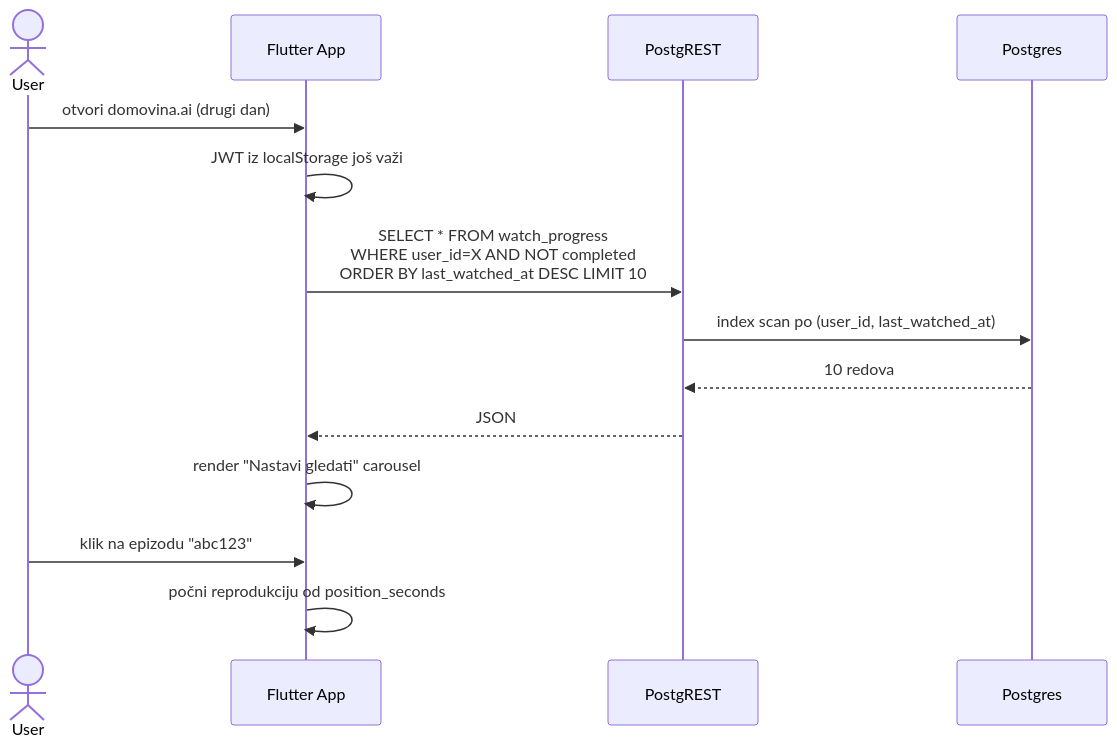
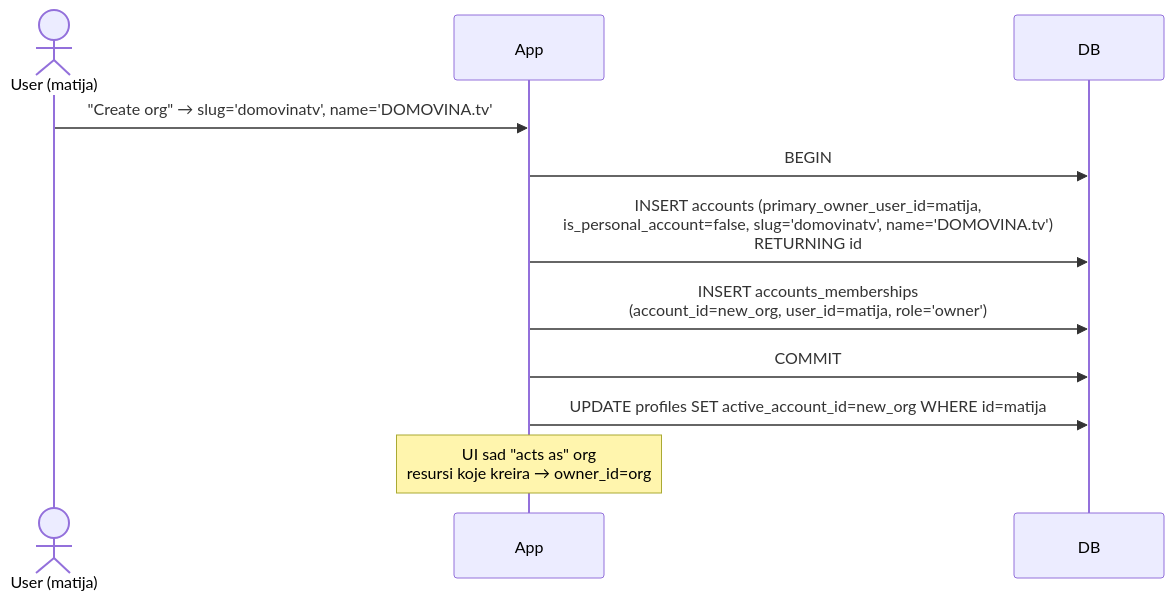
The eighth of 13 diagrams in docs/auth-and-database-plan.md (domovinatv/ai.domovina.tv), drawn with Mermaid before and after one commit. The commit also changed other lines of this file, not shown here.

First line of the commit message:
docs(auth): v2 — GitHub-style accounts/orgs + Supabase best practices

````diff
--- a/docs/auth-and-database-plan.md
+++ b/docs/auth-and-database-plan.md
@@ -360,18 +528,15 @@
 ```mermaid
 sequenceDiagram
-    actor User
-    participant App as Flutter App
-    participant API as PostgREST
-    participant DB as Postgres
+    actor U as User (matija)
+    participant App
+    participant DB
 
-    User->>App: otvori domovina.ai (drugi dan)
-    App->>App: JWT iz localStorage još važi
-    App->>API: SELECT * FROM watch_progress<br/>WHERE user_id=X AND NOT completed<br/>ORDER BY last_watched_at DESC LIMIT 10
-    API->>DB: index scan po (user_id, last_watched_at)
-    DB-->>API: 10 redova
-    API-->>App: JSON
+    U->>App: "Create org" → slug='domovinatv', name='DOMOVINA.tv'
+    App->>DB: BEGIN
+    App->>DB: INSERT accounts (primary_owner_user_id=matija,<br/>is_personal_account=false, slug='domovinatv', name='DOMOVINA.tv')<br/>RETURNING id
+    App->>DB: INSERT accounts_memberships<br/>(account_id=new_org, user_id=matija, role='owner')
+    App->>DB: COMMIT
 
-    App->>App: render "Nastavi gledati" carousel
-    User->>App: klik na epizodu "abc123"
-    App->>App: počni reprodukciju od position_seconds
+    App->>DB: UPDATE profiles SET active_account_id=new_org WHERE id=matija
+    Note over App: UI sad "acts as" org<br/>resursi koje kreira → owner_id=org
 ```
````
